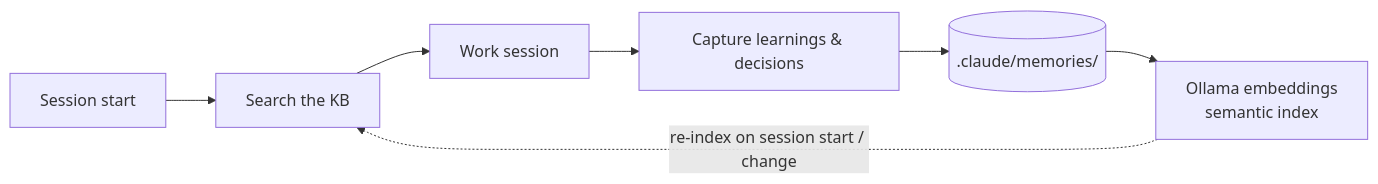
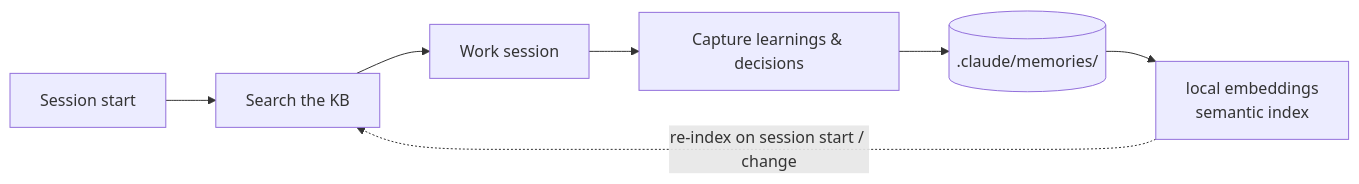
Before and after one commit to mcs-cli/memory: the diagram in README.md, drawn with Mermaid. The commit also changed other lines of this file and 15 other files, not shown here.

````diff
--- a/README.md
+++ b/README.md
@@ -29,9 +29,9 @@
 ```mermaid
 flowchart LR
     A[Session start] --> B[Search the KB]
     B --> C[Work session]
     C --> D[Capture learnings & decisions]
     D --> E[(.claude/memories/)]
-    E --> F["Ollama embeddings<br/>semantic index"]
+    E --> F["local embeddings<br/>semantic index"]
     F -. re-index on session start / change .-> B
 ```
````
